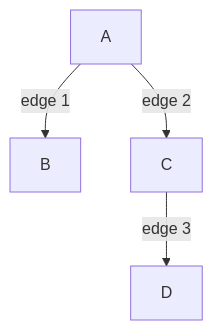
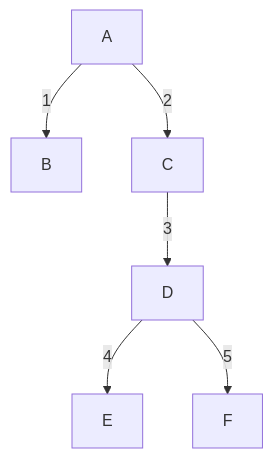
One commit to microsoft/FluidFramework changed the ninth of 21 diagrams in packages/dds/tree/docs/wip/treeStorage.md. Above: the diagram before and after it, drawn with Mermaid. The commit also changed other lines of this file, not shown here.

````diff
--- a/packages/dds/tree/docs/wip/treeStorage.md
+++ b/packages/dds/tree/docs/wip/treeStorage.md
@@ -250,5 +252,6 @@
 ```mermaid
 graph TD;
-    A--edge 1-->B;
-    A--edge 2-->C--edge 3-->D;
+    A--1-->B;
+    A--2-->C--3-->D--4-->E;
+    D--5-->F;
 ```
````
